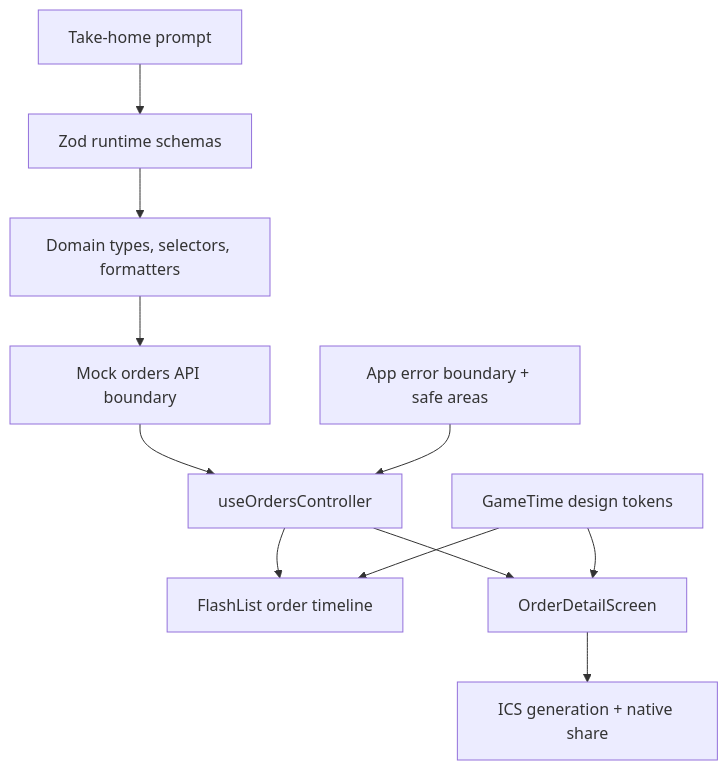
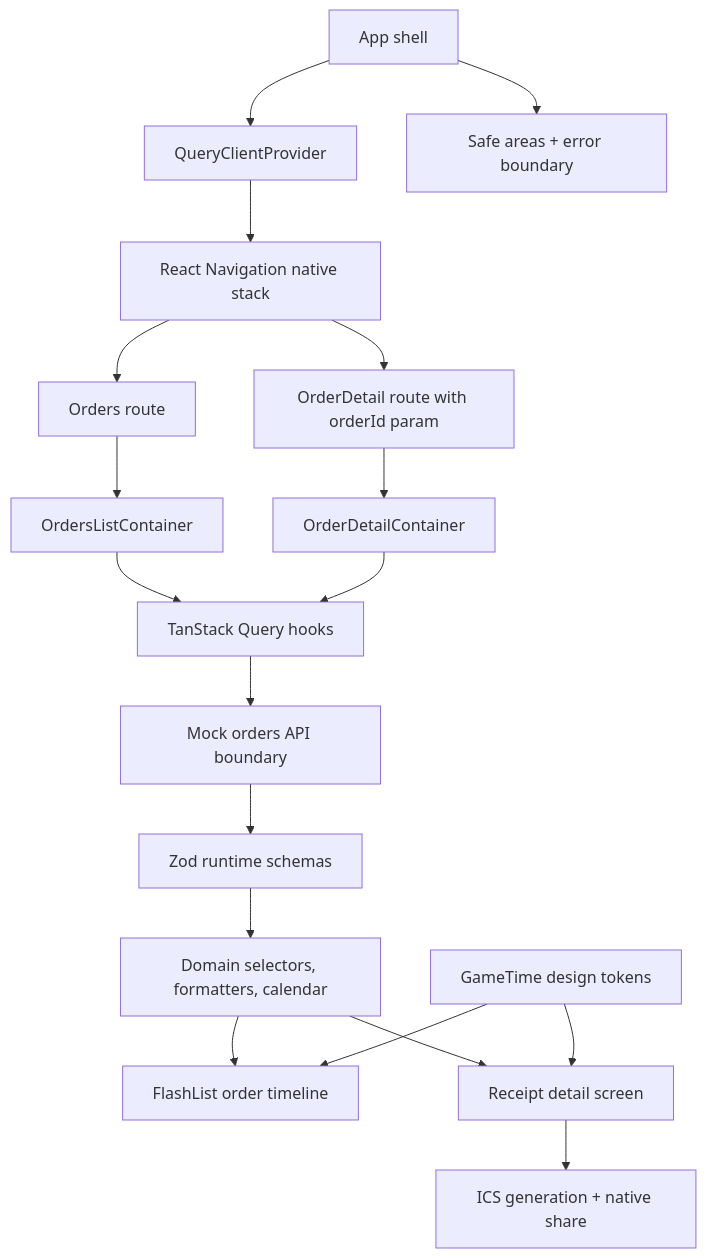
One commit to jnrahme/GameTimeTest changed the first of 2 diagrams in README.md. Above: the diagram before and after it, drawn with Mermaid. The commit also changed other lines of this file and 25 other files, not shown here.

Commit message:
Document current mobile architecture

````diff
--- a/README.md
+++ b/README.md
@@ -90,13 +100,20 @@
 ```mermaid
 flowchart TB
-  Prompt[Take-home prompt] --> Schema[Zod runtime schemas]
-  Schema --> Domain[Domain types, selectors, formatters]
-  Domain --> API[Mock orders API boundary]
-  API --> Controller[useOrdersController]
-  Controller --> List[FlashList order timeline]
-  Controller --> Detail[OrderDetailScreen]
+  App[App shell] --> Query[QueryClientProvider]
+  App --> SafeArea[Safe areas + error boundary]
+  Query --> Nav[React Navigation native stack]
+  Nav --> OrdersRoute[Orders route]
+  Nav --> DetailRoute[OrderDetail route with orderId param]
+  OrdersRoute --> OrdersContainer[OrdersListContainer]
+  DetailRoute --> DetailContainer[OrderDetailContainer]
+  OrdersContainer --> Queries[TanStack Query hooks]
+  DetailContainer --> Queries
+  Queries --> API[Mock orders API boundary]
+  API --> Schema[Zod runtime schemas]
+  Schema --> Domain[Domain selectors, formatters, calendar]
+  Domain --> List[FlashList order timeline]
+  Domain --> Detail[Receipt detail screen]
   Detail --> Share[ICS generation + native share]
-  App[App error boundary + safe areas] --> Controller
   Theme[GameTime design tokens] --> List
   Theme --> Detail
 ```
````
